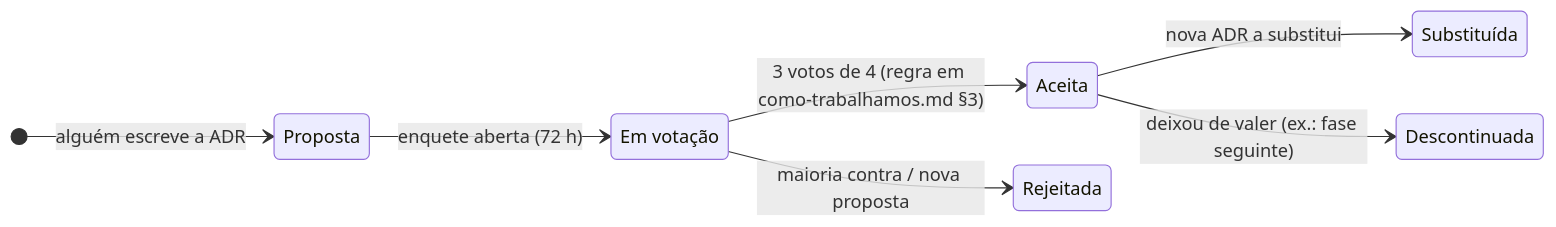
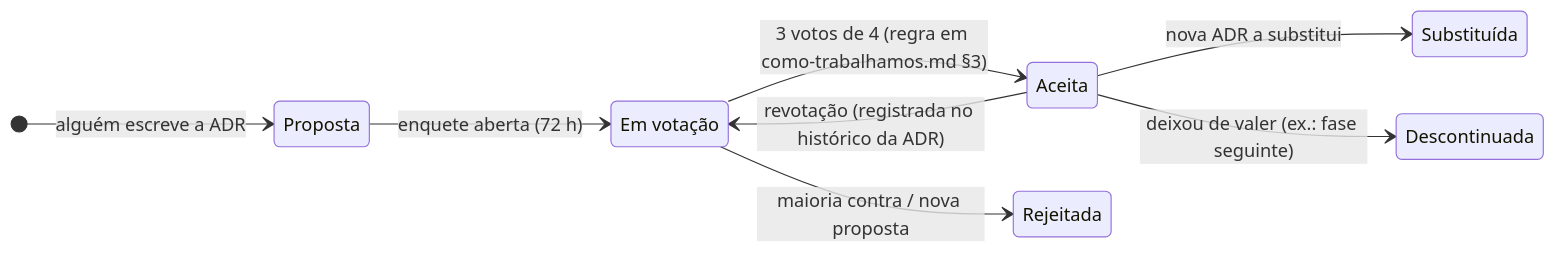
The diagram in docs/02-adr/README.md (HermandoThiago/FIAP-SOAT), drawn with Mermaid before and after one commit. The commit also changed other lines of this file and 57 other files, not shown here.

````diff
--- a/docs/02-adr/README.md
+++ b/docs/02-adr/README.md
@@ -8,12 +8,13 @@
 ```mermaid
 stateDiagram-v2
     direction LR
     [*] --> Proposta: alguém escreve a ADR
     Proposta --> EmVotacao: enquete aberta (72 h)
     EmVotacao --> Aceita: 3 votos de 4 (regra em como-trabalhamos.md §3)
     EmVotacao --> Rejeitada: maioria contra / nova proposta
+    Aceita --> EmVotacao: revotação (registrada no histórico da ADR)
     Aceita --> Substituida: nova ADR a substitui
     Aceita --> Descontinuada: deixou de valer (ex.: fase seguinte)
     state "Em votação" as EmVotacao
     state "Substituída" as Substituida
 ```
````
